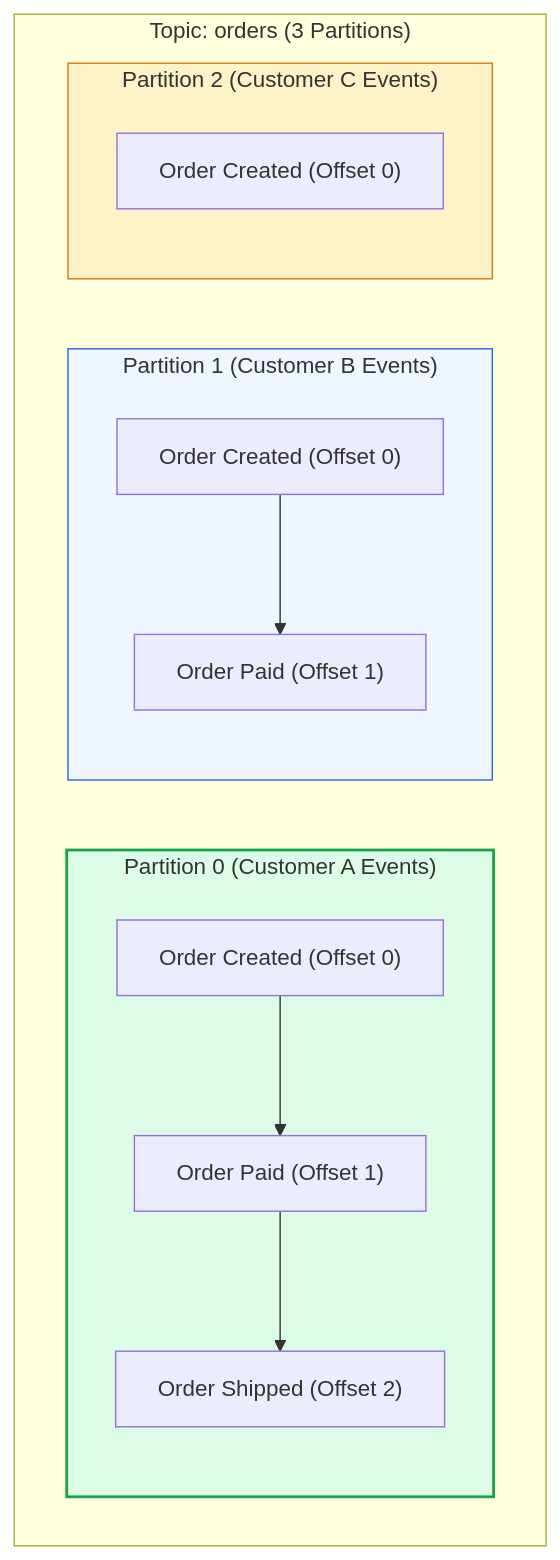
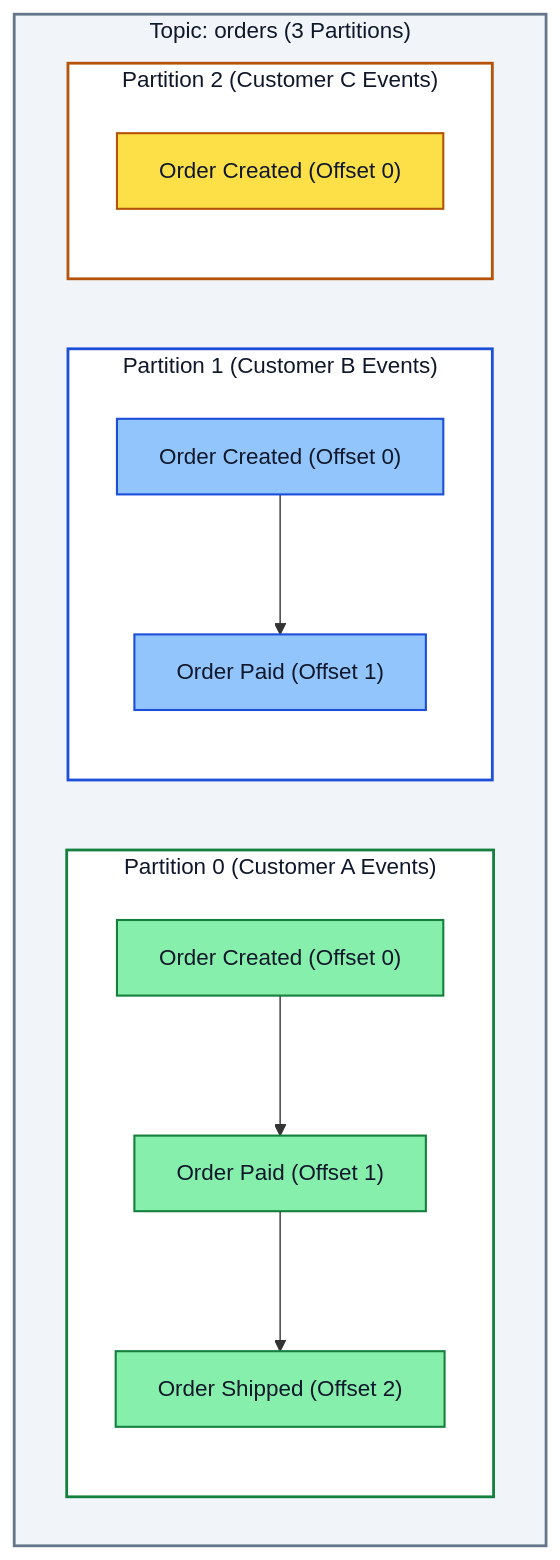
Before and after one commit to PandeyKishan/Study-Notes: the second of 4 diagrams in 03-Apache-Kafka/02-Producer-Internals-and-Delivery-Semantics.md, drawn with Mermaid. The commit also changed other lines of this file and 22 other files, not shown here.

Commit message:
docs: enhance diagram visibility with high-contrast palette and add concise book definitions

````diff
--- a/03-Apache-Kafka/02-Producer-Internals-and-Delivery-Semantics.md
+++ b/03-Apache-Kafka/02-Producer-Internals-and-Delivery-Semantics.md
@@ -98,18 +109,25 @@
 ```mermaid
 flowchart TD
     subgraph Topic["Topic: orders (3 Partitions)"]
         subgraph P0["Partition 0 (Customer A Events)"]
             E1["Order Created (Offset 0)"] --> E2["Order Paid (Offset 1)"] --> E3["Order Shipped (Offset 2)"]
         end
         subgraph P1["Partition 1 (Customer B Events)"]
             EB1["Order Created (Offset 0)"] --> EB2["Order Paid (Offset 1)"]
         end
         subgraph P2["Partition 2 (Customer C Events)"]
             EC1["Order Created (Offset 0)"]
         end
     end
 
-    style P0 fill:#dcfce7,stroke:#16a34a,stroke-width:2px
-    style P1 fill:#eff6ff,stroke:#2563eb,stroke-width:1px
-    style P2 fill:#fef3c7,stroke:#d97706,stroke-width:1px
+    style Topic fill:#f1f5f9,stroke:#64748b,stroke-width:2px,color:#0f172a
+    style P0 fill:#ffffff,stroke:#15803d,stroke-width:2px,color:#0f172a
+    style P1 fill:#ffffff,stroke:#1d4ed8,stroke-width:2px,color:#0f172a
+    style P2 fill:#ffffff,stroke:#b45309,stroke-width:2px,color:#0f172a
+    style E1 fill:#86efac,stroke:#15803d,stroke-width:1.5px,color:#0f172a
+    style E2 fill:#86efac,stroke:#15803d,stroke-width:1.5px,color:#0f172a
+    style E3 fill:#86efac,stroke:#15803d,stroke-width:1.5px,color:#0f172a
+    style EB1 fill:#93c5fd,stroke:#1d4ed8,stroke-width:1.5px,color:#0f172a
+    style EB2 fill:#93c5fd,stroke:#1d4ed8,stroke-width:1.5px,color:#0f172a
+    style EC1 fill:#fde047,stroke:#b45309,stroke-width:1.5px,color:#0f172a
 ```
````
